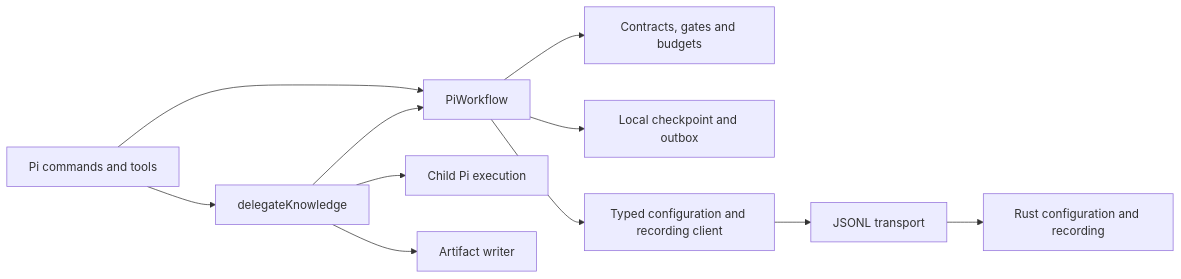
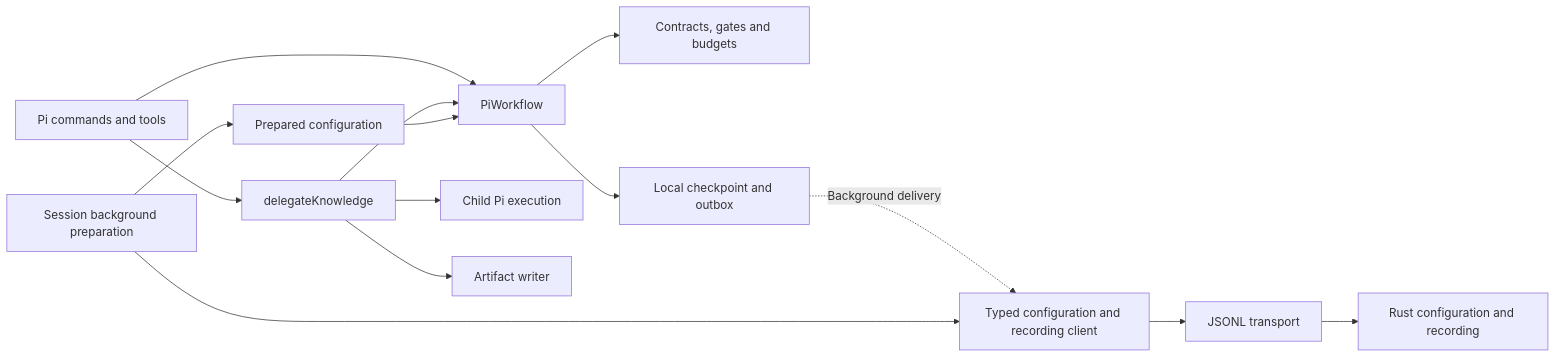
Before and after one commit to xpersh/xper: the diagram in adapters/pi/docs/architecture.md, drawn with Mermaid. The commit also changed other lines of this file and 25 other files, not shown here.

````diff
--- a/adapters/pi/docs/architecture.md
+++ b/adapters/pi/docs/architecture.md
@@ -9,13 +14,16 @@
 ```mermaid
 flowchart LR
     Commands[Pi commands and tools] --> Workflow[PiWorkflow]
     Commands --> Action[delegateKnowledge]
     Action --> Workflow
     Action --> Executor[Child Pi execution]
     Action --> Writer[Artifact writer]
     Workflow --> Policy[Contracts, gates and budgets]
     Workflow --> Journal[Local checkpoint and outbox]
-    Workflow --> Client[Typed configuration and recording client]
+    Journal -. Background delivery .-> Client[Typed configuration and recording client]
+    Session[Session background preparation] --> Client
+    Session --> Prepared[Prepared configuration]
+    Prepared --> Workflow
     Client --> Bridge[JSONL transport]
     Bridge --> Core[Rust configuration and recording]
 ```
````
